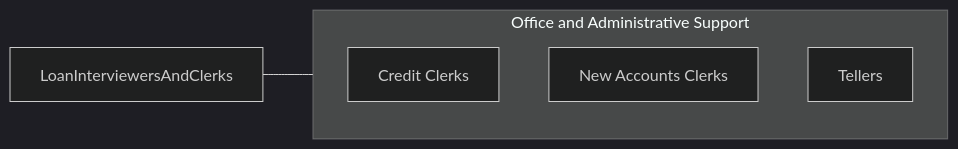
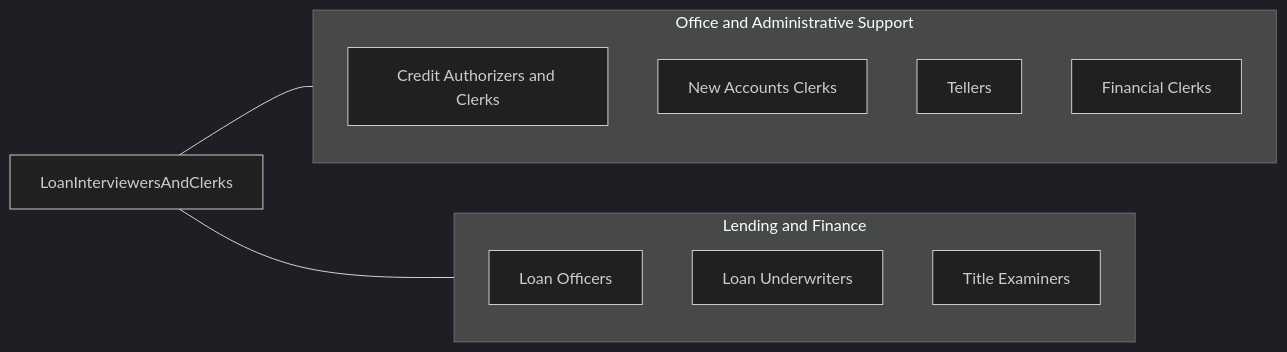
The fourth of 4 diagrams in occupations/Administrative/LoanInterviewersAndClerks.mdx (kziemski/business.org.ai), drawn with Mermaid (dark theme) before and after one commit. The commit also changed other lines of this file and 19 other files, not shown here.

````diff
--- a/occupations/Administrative/LoanInterviewersAndClerks.mdx
+++ b/occupations/Administrative/LoanInterviewersAndClerks.mdx
@@ -104,10 +223,20 @@
 ```mermaid
 graph LR
     Current["LoanInterviewersAndClerks"]
+
     subgraph SameCategory["Office and Administrative Support"]
-        RCreditClerks["Credit Clerks"]
-        RNewAccountsClerks["New Accounts Clerks"]
-        RTellers["Tellers"]
+        CreditClerks["Credit Authorizers and Clerks"]
+        NewAccountsClerks["New Accounts Clerks"]
+        Tellers["Tellers"]
+        FinancialClerks["Financial Clerks"]
     end
+
+    subgraph CrossFunctional["Lending and Finance"]
+        LoanOfficers["Loan Officers"]
+        Underwriters["Loan Underwriters"]
+        TitleExaminers["Title Examiners"]
+    end
+
     Current --- SameCategory
+    Current --- CrossFunctional
 ```
````
